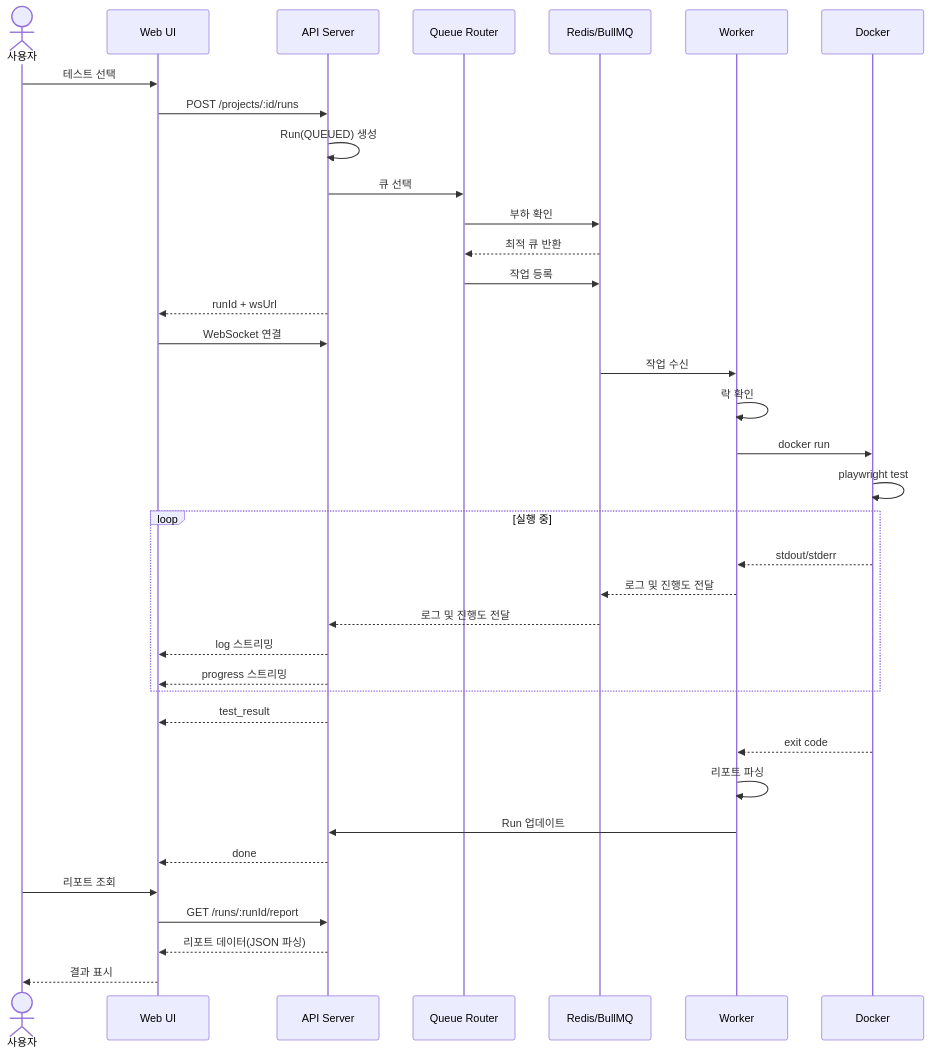
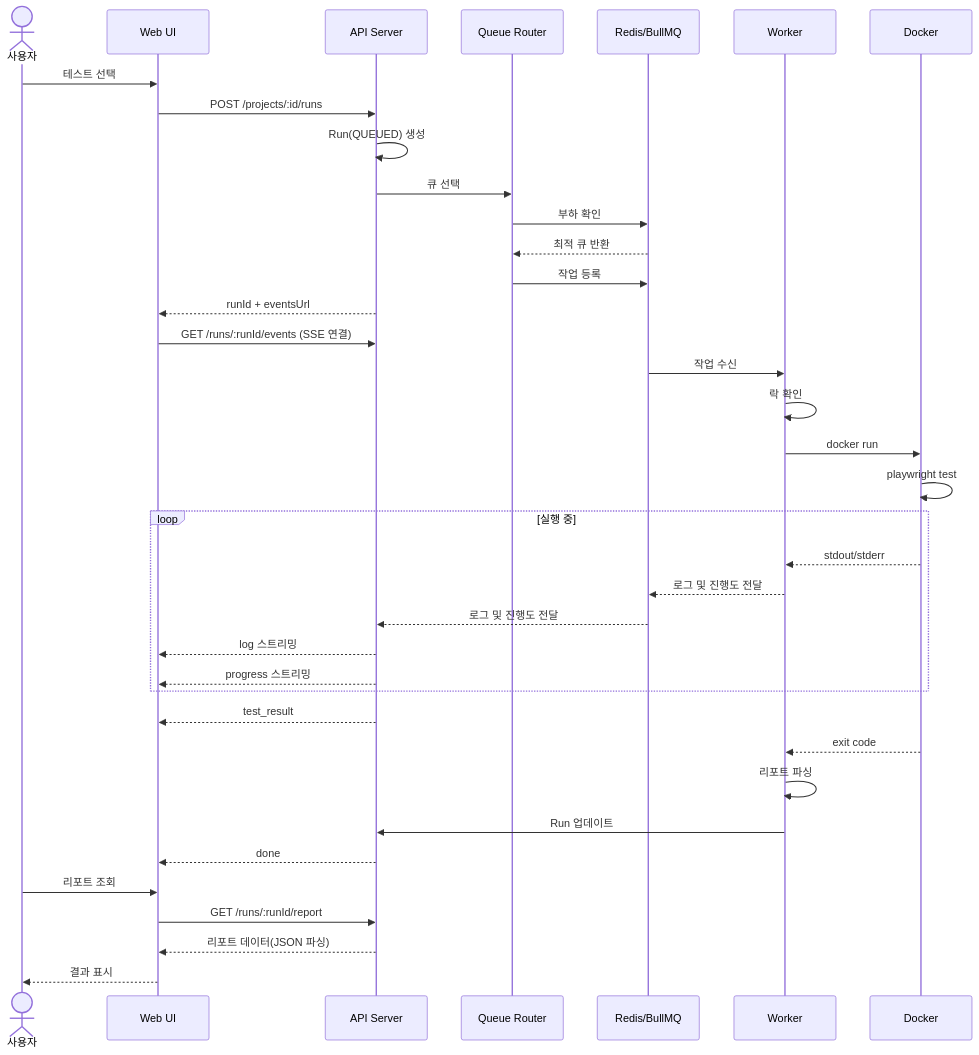
One commit to ColdzyBoy/playwright-hub changed the first of 5 diagrams in docs/specs/06_워크플로우명세서.md. Above: the diagram before and after it, drawn with Mermaid. The commit also changed other lines of this file and 20 other files, not shown here.

````diff
--- a/docs/specs/06_워크플로우명세서.md
+++ b/docs/specs/06_워크플로우명세서.md
@@ -5,44 +5,44 @@
 ```mermaid
 sequenceDiagram
     actor 사용자
     participant UI as Web UI
     participant API as API Server
     participant QR as Queue Router
     participant Redis as Redis/BullMQ
     participant Worker
     participant Docker
 
     사용자->>UI: 테스트 선택
     UI->>API: POST /projects/:id/runs
     API->>API: Run(QUEUED) 생성
     API->>QR: 큐 선택
     QR->>Redis: 부하 확인
     Redis-->>QR: 최적 큐 반환
     QR->>Redis: 작업 등록
-    API-->>UI: runId + wsUrl
+    API-->>UI: runId + eventsUrl
 
-    UI->>API: WebSocket 연결
+    UI->>API: GET /runs/:runId/events (SSE 연결)
     Redis->>Worker: 작업 수신
     Worker->>Worker: 락 확인
     Worker->>Docker: docker run
     Docker->>Docker: playwright test
 
     loop 실행 중
         Docker-->>Worker: stdout/stderr
         Worker-->>Redis: 로그 및 진행도 전달
         Redis-->>API: 로그 및 진행도 전달
         API-->>UI: log 스트리밍
         API-->>UI: progress 스트리밍
     end
 
     API-->>UI: test_result
     Docker-->>Worker: exit code
     Worker->>Worker: 리포트 파싱
     Worker->>API: Run 업데이트
     API-->>UI: done
 
     사용자->>UI: 리포트 조회
     UI->>API: GET /runs/:runId/report
     API-->>UI: 리포트 데이터(JSON 파싱)
     UI-->>사용자: 결과 표시
 ```
````
